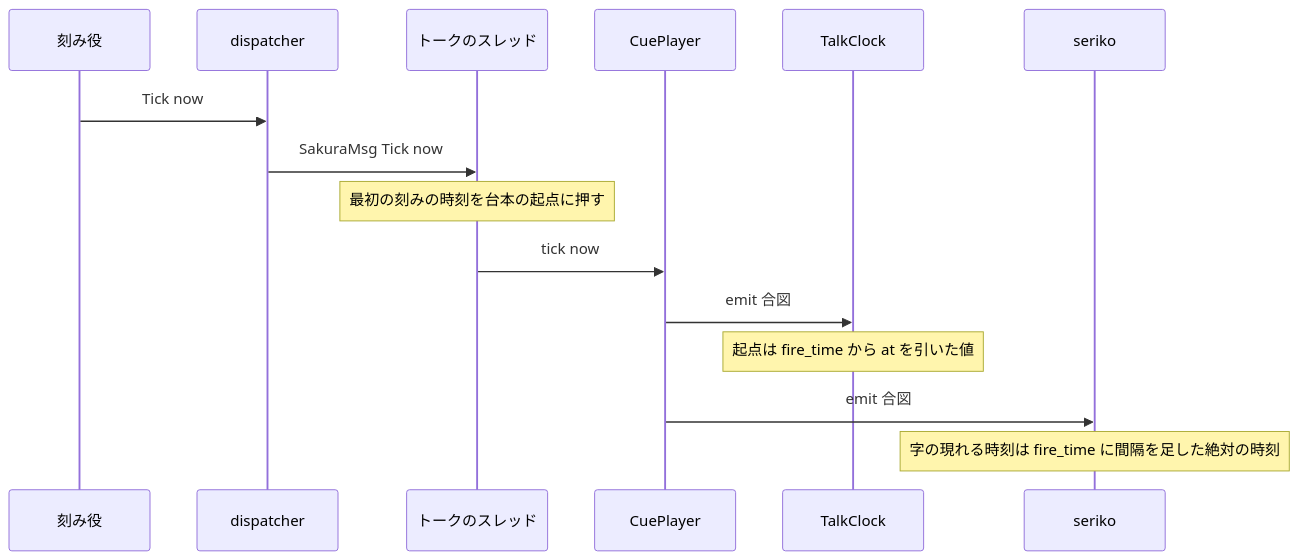
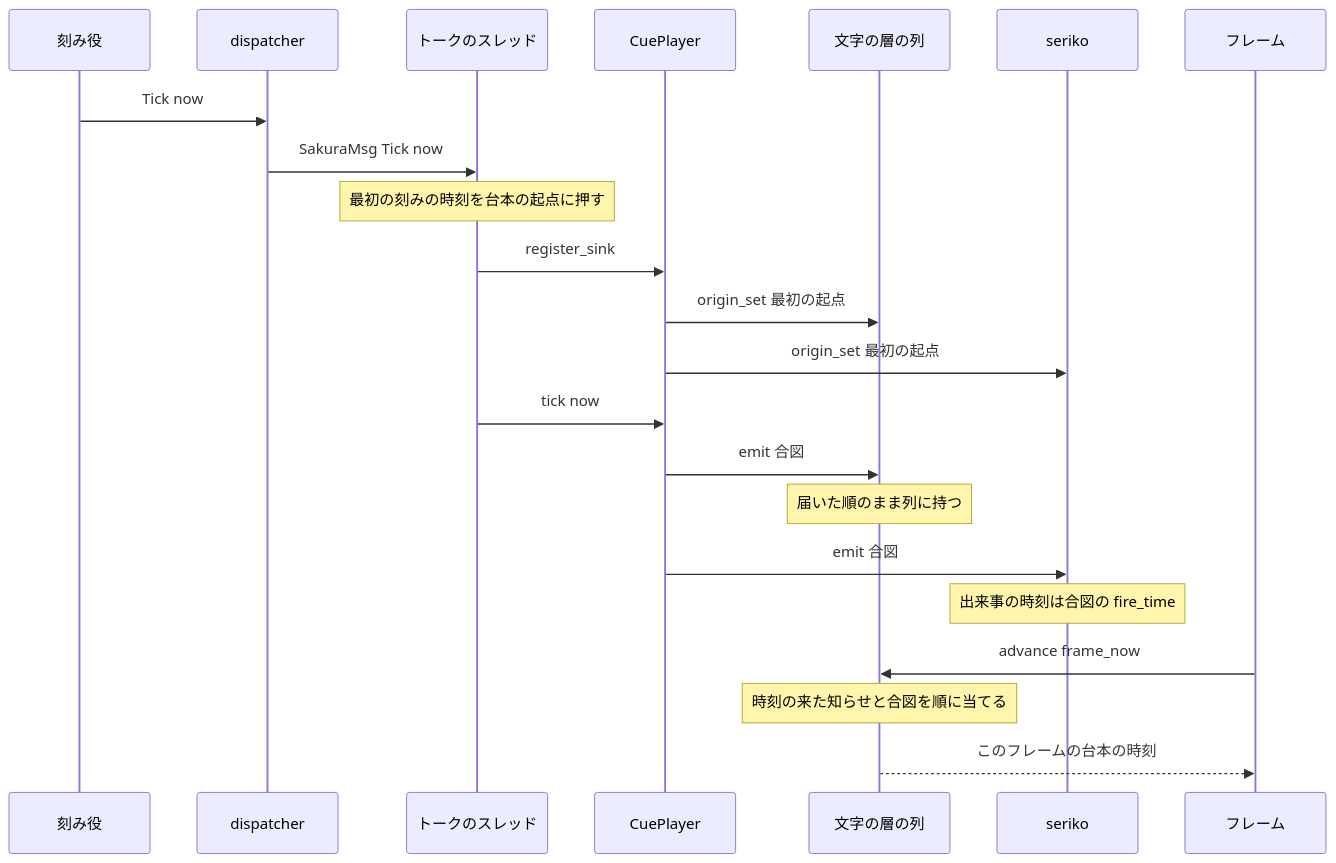
Before and after one commit to ekicyou/areka: the third of 4 diagrams in .kiro/specs/dola-interrupt-ticks/design.md, drawn with Mermaid. The commit also changed other lines of this file and 2 other files, not shown here.

````diff
--- a/.kiro/specs/dola-interrupt-ticks/design.md
+++ b/.kiro/specs/dola-interrupt-ticks/design.md
@@ -313,17 +329,24 @@
 ```mermaid
 sequenceDiagram
     participant Ticker as 刻み役
     participant Disp as dispatcher
     participant TalkT as トークのスレッド
     participant Player as CuePlayer
-    participant Clock as TalkClock
+    participant Text as 文字の層の列
     participant Seriko as seriko
+    participant Frame as フレーム
     Ticker->>Disp: Tick now
     Disp->>TalkT: SakuraMsg Tick now
     Note over TalkT: 最初の刻みの時刻を台本の起点に押す
+    TalkT->>Player: register_sink
+    Player->>Text: origin_set 最初の起点
+    Player->>Seriko: origin_set 最初の起点
     TalkT->>Player: tick now
-    Player->>Clock: emit 合図
-    Note over Clock: 起点は fire_time から at を引いた値
+    Player->>Text: emit 合図
+    Note over Text: 届いた順のまま列に持つ
     Player->>Seriko: emit 合図
-    Note over Seriko: 字の現れる時刻は fire_time に間隔を足した絶対の時刻
+    Note over Seriko: 出来事の時刻は合図の fire_time
+    Frame->>Text: advance frame_now
+    Note over Text: 時刻の来た知らせと合図を順に当てる
+    Text-->>Frame: このフレームの台本の時刻
 ```
````
